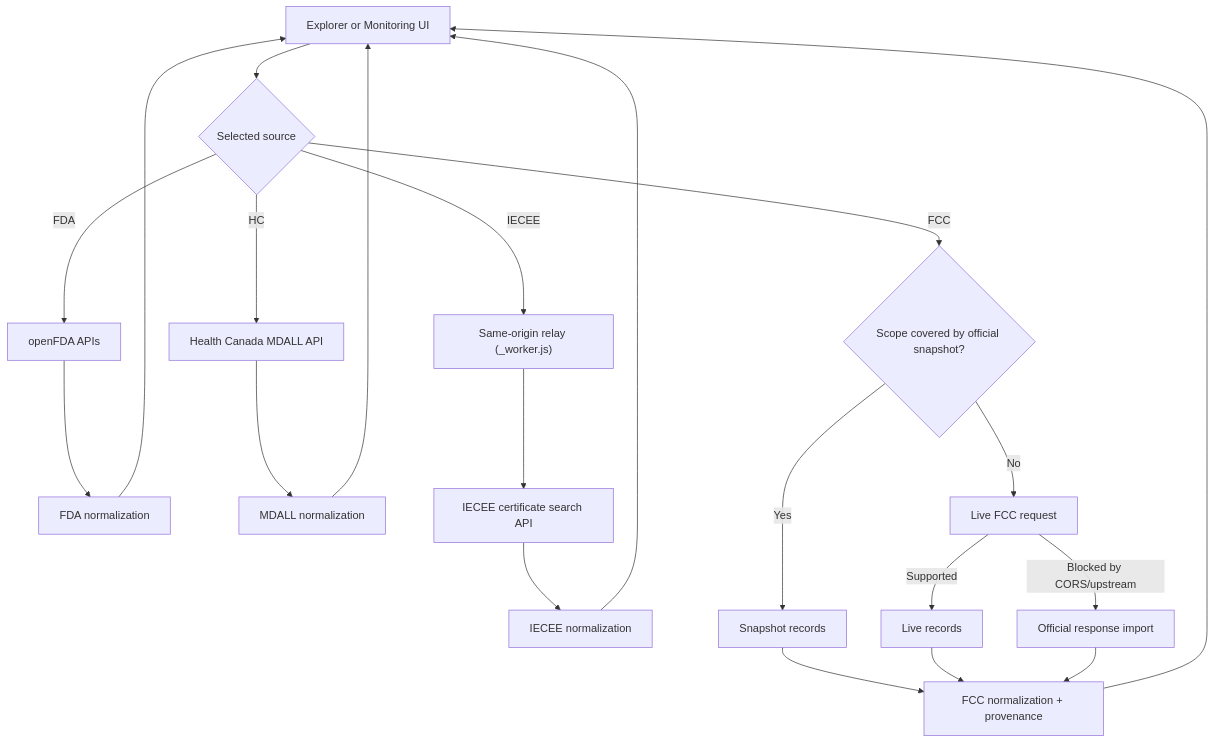
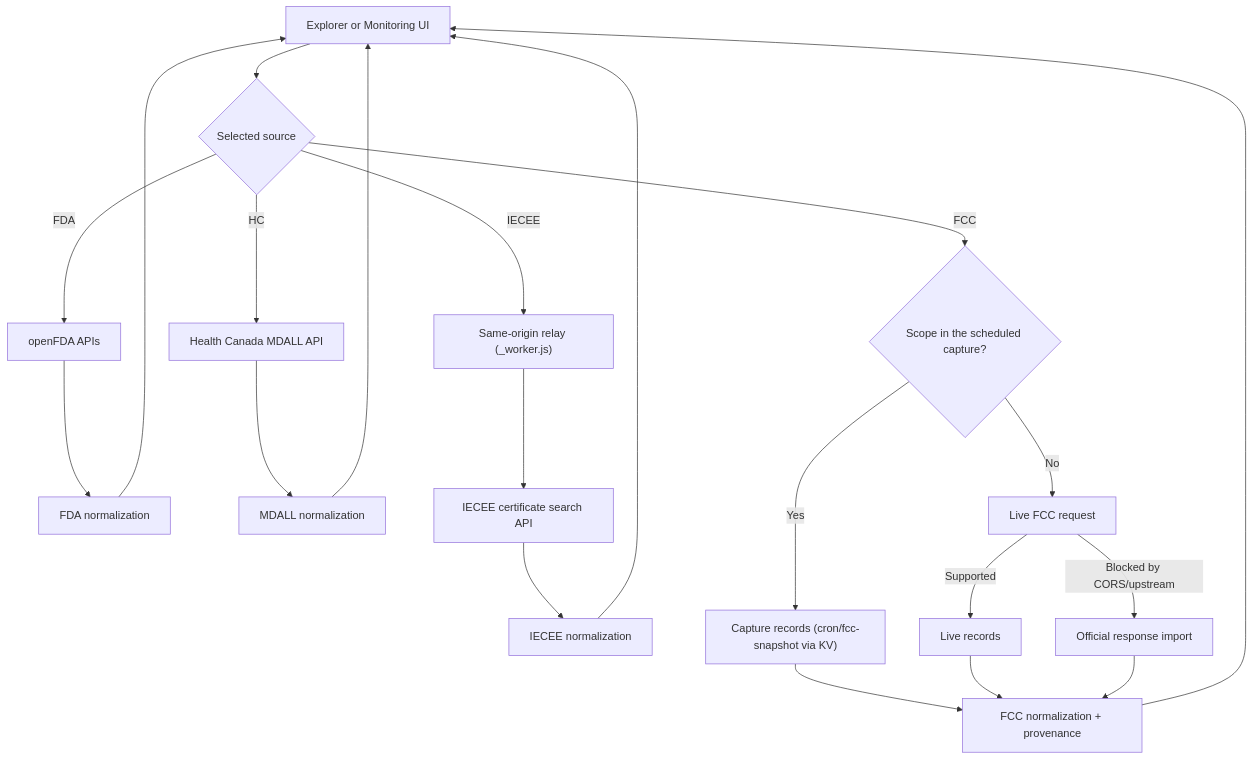
One commit to ahmedbins/fda_device changed the second of 2 diagrams in docs/ARCHITECTURE.md. Above: the diagram before and after it, drawn with Mermaid. The commit also changed other lines of this file and 20 other files, not shown here.

First line of the commit message:
Keep FCC records current with a scheduled capture Worker

````diff
--- a/docs/ARCHITECTURE.md
+++ b/docs/ARCHITECTURE.md
@@ -60,23 +61,23 @@
 ```mermaid
 flowchart TD
   UI["Explorer or Monitoring UI"] --> S{"Selected source"}
   S -->|FDA| F["openFDA APIs"]
   F --> FN["FDA normalization"]
   S -->|HC| H["Health Canada MDALL API"]
   H --> HN["MDALL normalization"]
   S -->|IECEE| IR["Same-origin relay (_worker.js)"]
   IR --> IE["IECEE certificate search API"]
   IE --> IN["IECEE normalization"]
-  S -->|FCC| C{"Scope covered by official snapshot?"}
-  C -->|Yes| SN["Snapshot records"]
+  S -->|FCC| C{"Scope in the scheduled capture?"}
+  C -->|Yes| SN["Capture records (cron/fcc-snapshot via KV)"]
   C -->|No| L["Live FCC request"]
   L -->|Supported| LN["Live records"]
   L -->|Blocked by CORS/upstream| IM["Official response import"]
   SN --> N["FCC normalization + provenance"]
   LN --> N
   IM --> N
   FN --> UI
   HN --> UI
   IN --> UI
   N --> UI
 ```
````
